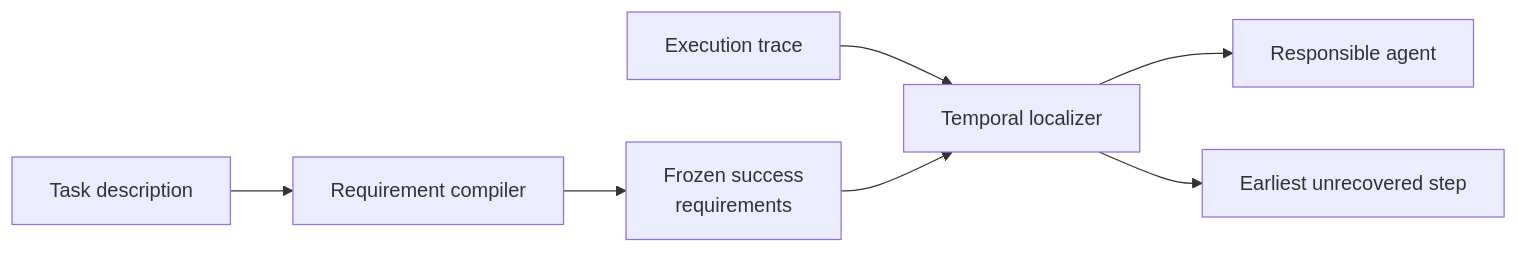
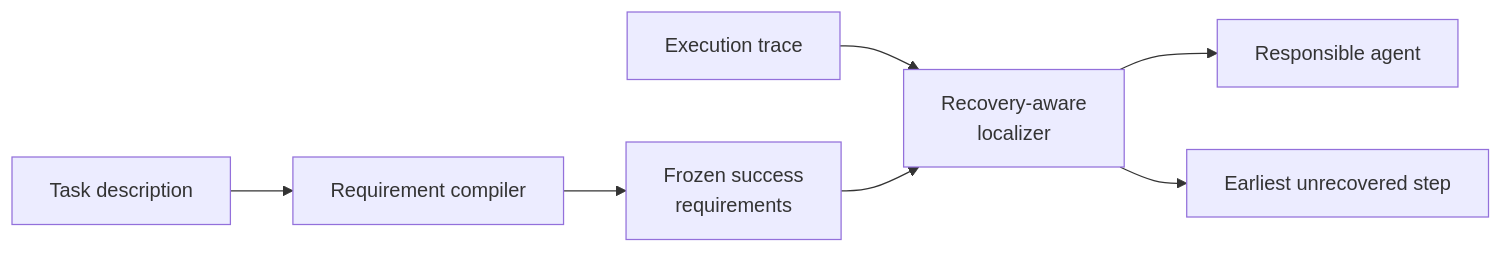
The diagram in README.md (yoon-chan-hyeok/multi-agent-failure-localization), drawn with Mermaid before and after one commit. The commit also changed other lines of this file, not shown here.

````diff
--- a/README.md
+++ b/README.md
@@ -61,9 +30,9 @@
-```mermaid
+~~~mermaid
 flowchart LR
     T["Task description"] --> C["Requirement compiler"]
     C --> R["Frozen success<br/>requirements"]
-    X["Execution trace"] --> L["Temporal localizer"]
+    X["Execution trace"] --> L["Recovery-aware<br/>localizer"]
     R --> L
     L --> A["Responsible agent"]
     L --> S["Earliest unrecovered step"]
-```
+~~~
````
